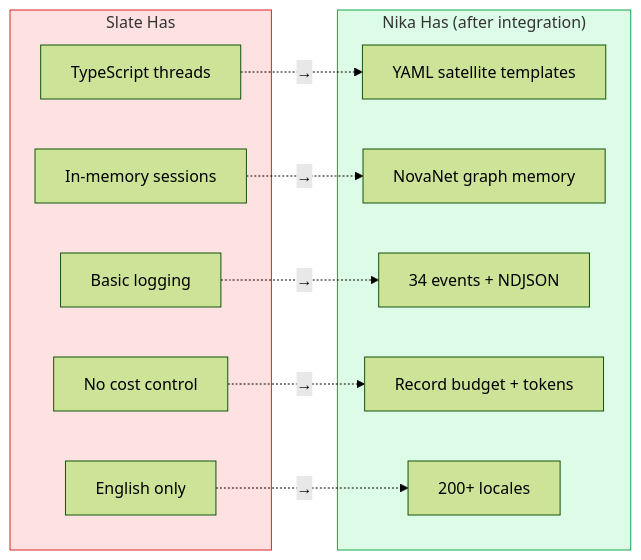
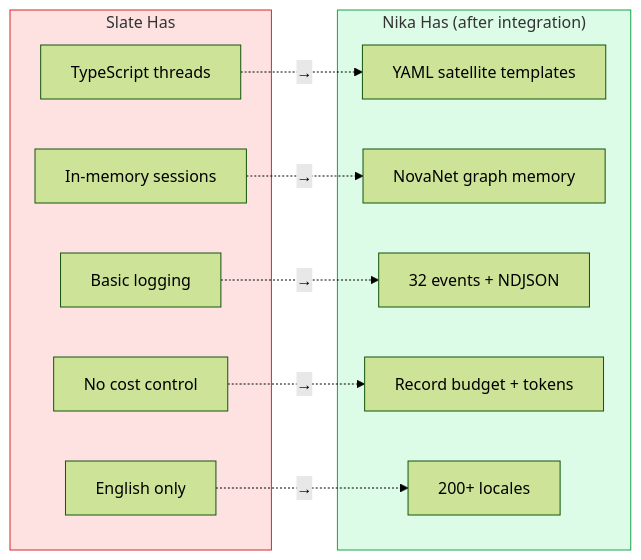
One commit to supernovae-st/nika changed the sixth of 8 diagrams in tools/nika/docs/brainstorm/nika-evolution/07-slate-deep-integration.md. Above: the diagram before and after it, drawn with Mermaid (forest theme). The commit also changed other lines of this file and 35 other files, not shown here.

````diff
--- a/tools/nika/docs/brainstorm/nika-evolution/07-slate-deep-integration.md
+++ b/tools/nika/docs/brainstorm/nika-evolution/07-slate-deep-integration.md
@@ -257,27 +257,27 @@
 ```mermaid
 flowchart LR
     subgraph SLATE_HAS["Slate Has"]
         S1["TypeScript threads"]
         S2["In-memory sessions"]
         S3["Basic logging"]
         S4["No cost control"]
         S5["English only"]
     end
 
     subgraph NIKA_HAS["Nika Has (after integration)"]
         N1["YAML satellite templates"]
         N2["NovaNet graph memory"]
-        N3["34 events + NDJSON"]
+        N3["32 events + NDJSON"]
         N4["Record budget + tokens"]
         N5["200+ locales"]
     end
 
     S1 -.->|"→"| N1
     S2 -.->|"→"| N2
     S3 -.->|"→"| N3
     S4 -.->|"→"| N4
     S5 -.->|"→"| N5
 
     style SLATE_HAS fill:#fee2e2,stroke:#dc2626
     style NIKA_HAS fill:#dcfce7,stroke:#16a34a
 ```
````
